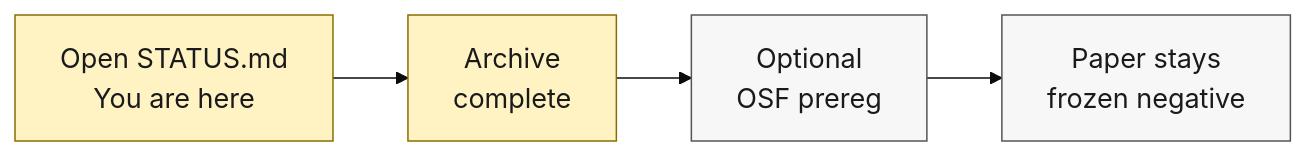
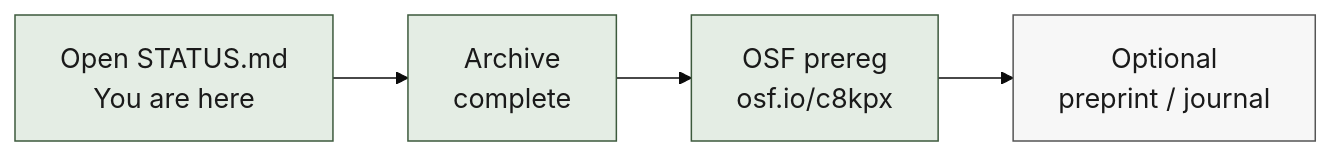
One commit to cauld/scendo changed the diagram in docs/diagrams/what-to-run.mmd. Above: the diagram before and after it, drawn with Mermaid. The commit also changed 17 other files, not shown here.

First line of the commit message:
Record public OSF prereg URL and add the bioRxiv submission PDF.

```diff
--- a/docs/diagrams/what-to-run.mmd
+++ b/docs/diagrams/what-to-run.mmd
@@ -1,10 +1,10 @@
 %%{init: {"theme": "base", "themeVariables": {"fontSize": "18px", "fontFamily": "Helvetica, Arial, sans-serif"}} }%%
 flowchart LR
   A["Open STATUS.md<br/>You are here"] --> B["Archive<br/>complete"]
-  B --> C["Optional<br/>OSF prereg"]
-  C --> D["Paper stays<br/>frozen negative"]
+  B --> C["OSF prereg<br/>osf.io/c8kpx"]
+  C --> D["Optional<br/>preprint / journal"]
 
-  classDef now fill:#FFF3C4,stroke:#8A6D00,color:#1A1A1A
+  classDef done fill:#E4EDE4,stroke:#3D5A3D,color:#1A1A1A
   classDef step fill:#F7F7F7,stroke:#555555,color:#1A1A1A
-  class A,B now
-  class C,D step
+  class A,B,C done
+  class D step
```
